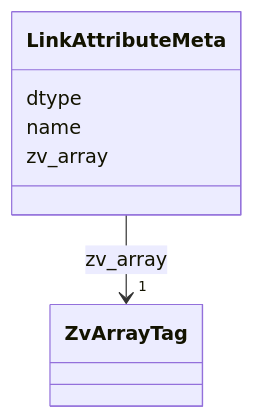
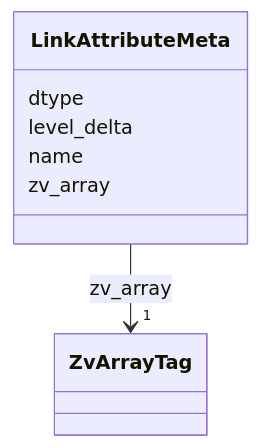
One commit to BRIDGE-Neuroscience/zarr-vectors-py changed the tenth of 17 diagrams in schema/reference.md. Above: the diagram before and after it, drawn with Mermaid. The commit also changed other lines of this file and 125 other files, not shown here.

````diff
--- a/schema/reference.md
+++ b/schema/reference.md
@@ -4782,21 +5695,23 @@
 ```mermaid
  classDiagram
     class LinkAttributeMeta
     click LinkAttributeMeta href "../LinkAttributeMeta/"
       LinkAttributeMeta : dtype
+        
+      LinkAttributeMeta : level_delta
         
       LinkAttributeMeta : name
         
       LinkAttributeMeta : zv_array
         
           
     
         
         
         LinkAttributeMeta --> "1" ZvArrayTag : zv_array
         click ZvArrayTag href "../ZvArrayTag/"
     
 
         
       
 ```
````
